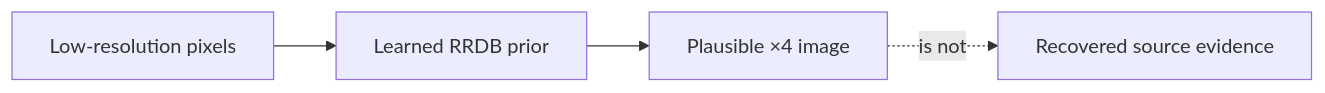
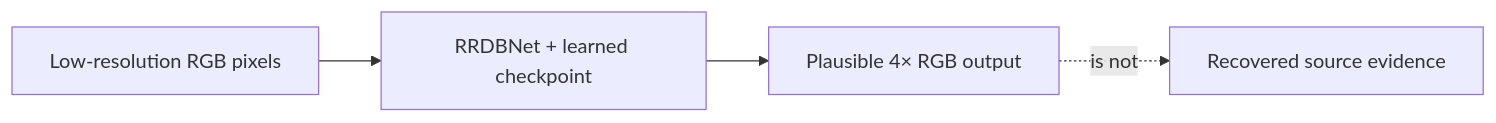
Before and after one commit to CHAITANYA-2002/machine-learning-projects: the first of 2 diagrams in 12-image-super-resolution/README.md, drawn with Mermaid. The commit also changed other lines of this file and 109 other files, not shown here.

````diff
--- a/12-image-super-resolution/README.md
+++ b/12-image-super-resolution/README.md
@@ -24,6 +25,6 @@
 ```mermaid
 flowchart LR
-    A[Low-resolution pixels] --> B[Learned RRDB prior]
-    B --> C[Plausible ×4 image]
+    A[Low-resolution RGB pixels] --> B[RRDBNet + learned checkpoint]
+    B --> C[Plausible 4× RGB output]
     C -. is not .-> D[Recovered source evidence]
 ```
````
